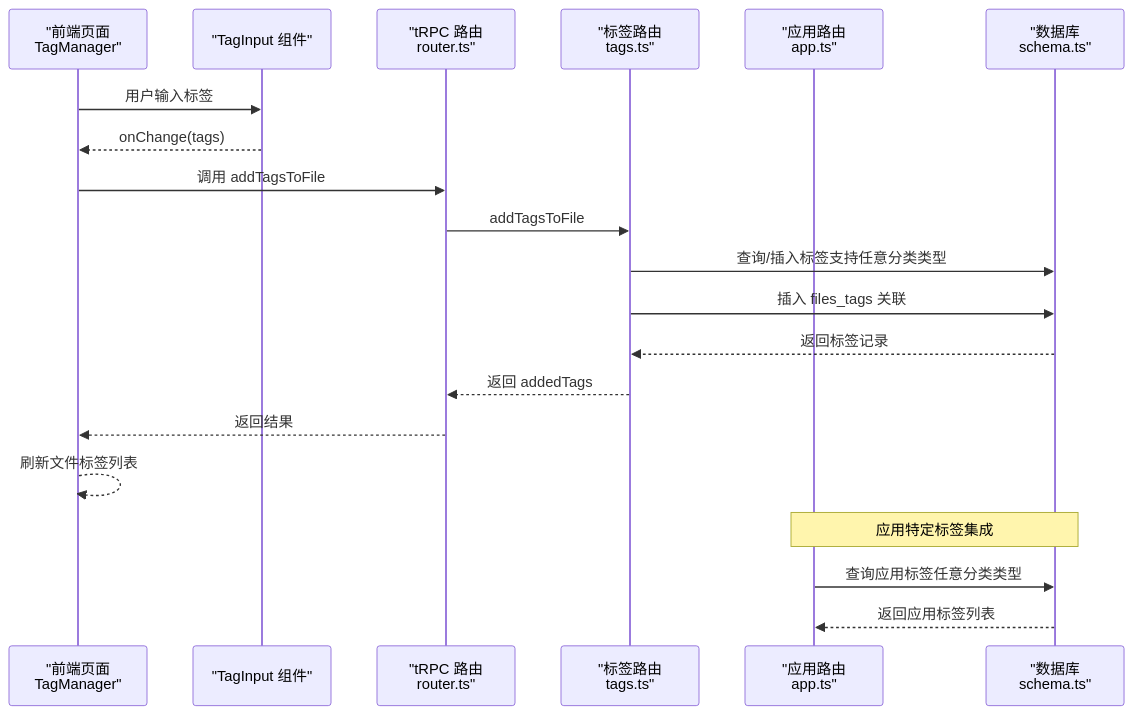
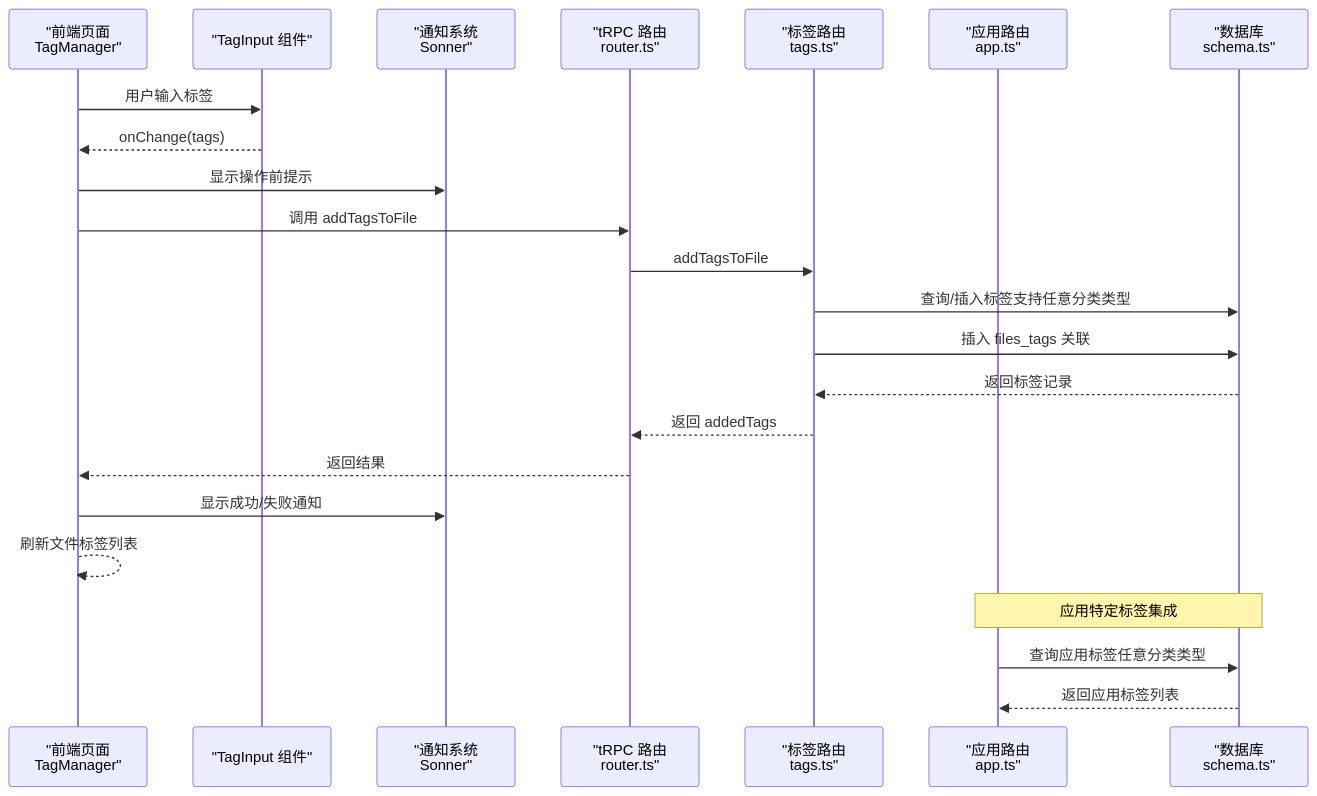
The second of 10 diagrams in .qoder/repowiki/zh/content/核心功能模块/标签管理系统.md (RadiumAg/image-saas), drawn with Mermaid before and after one commit. The commit also changed other lines of this file and 4 other files, not shown here.

````diff
--- a/.qoder/repowiki/zh/content/核心功能模块/标签管理系统.md
+++ b/.qoder/repowiki/zh/content/核心功能模块/标签管理系统.md
@@ -123,22 +131,25 @@
 ```mermaid
 sequenceDiagram
 participant FE as "前端页面<br/>TagManager"
 participant UI as "TagInput 组件"
+participant Toast as "通知系统<br/>Sonner"
 participant TRPC as "tRPC 路由<br/>router.ts"
 participant TagsAPI as "标签路由<br/>tags.ts"
 participant AppsAPI as "应用路由<br/>app.ts"
 participant DB as "数据库<br/>schema.ts"
 FE->>UI : 用户输入标签
 UI-->>FE : onChange(tags)
+FE->>Toast : 显示操作前提示
 FE->>TRPC : 调用 addTagsToFile
 TRPC->>TagsAPI : addTagsToFile
 TagsAPI->>DB : 查询/插入标签支持任意分类类型
 TagsAPI->>DB : 插入 files_tags 关联
 DB-->>TagsAPI : 返回标签记录
 TagsAPI-->>TRPC : 返回 addedTags
 TRPC-->>FE : 返回结果
+FE->>Toast : 显示成功/失败通知
 FE-->>FE : 刷新文件标签列表
 Note over AppsAPI,DB : 应用特定标签集成
 AppsAPI->>DB : 查询应用标签任意分类类型
 DB-->>AppsAPI : 返回应用标签列表
 ```
````
